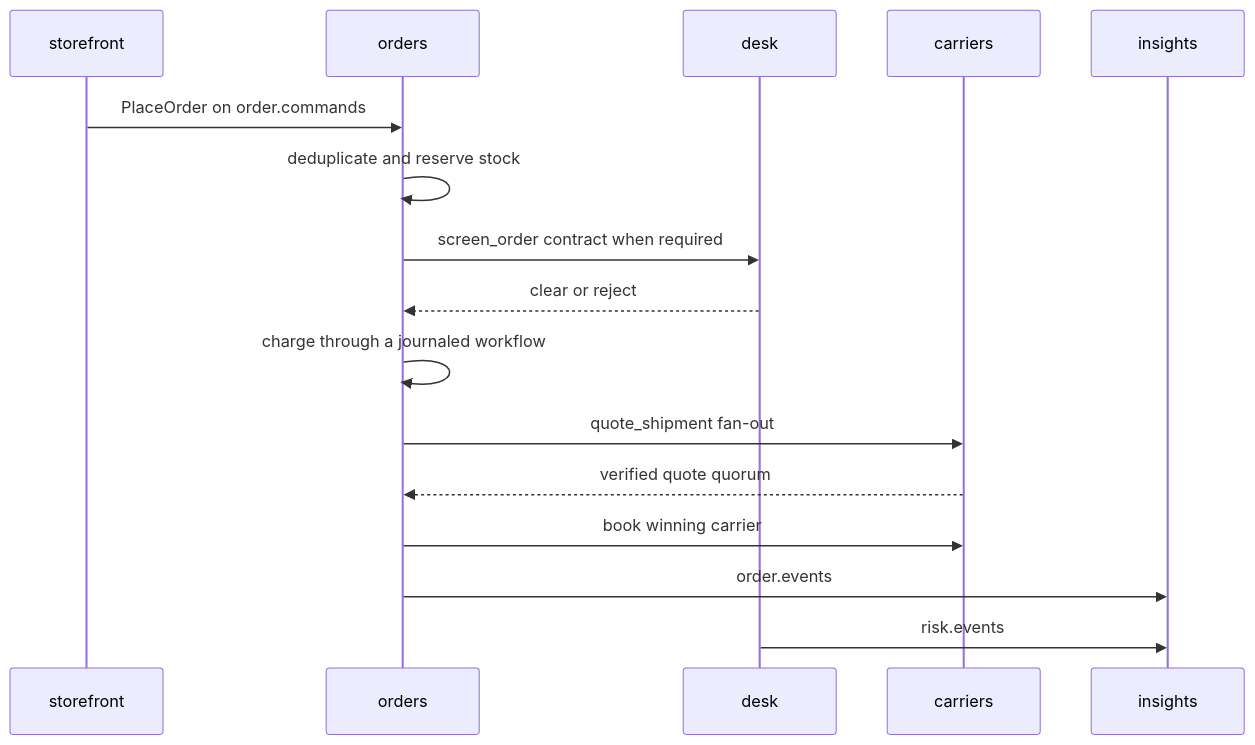
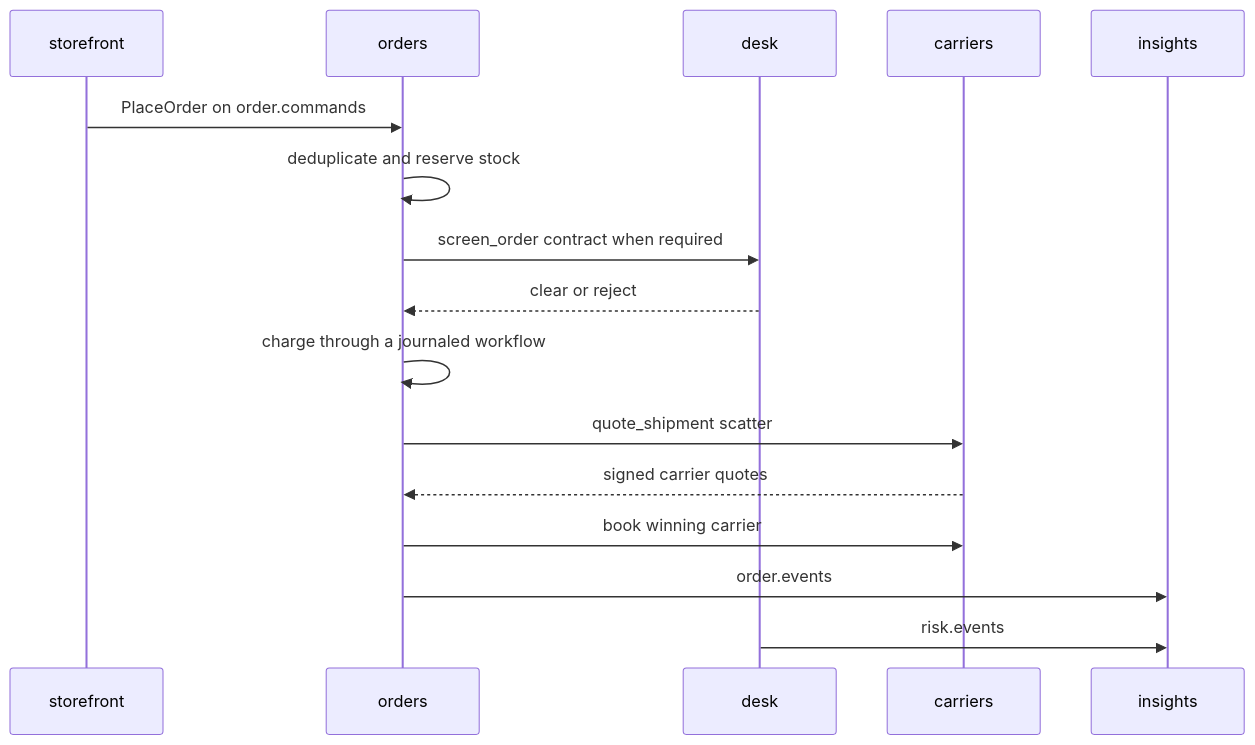
The diagram in docs/walkthrough.md (laserdata/laser-example-photon-market), drawn with Mermaid before and after one commit. The commit also changed other lines of this file and 24 other files, not shown here.

````diff
--- a/docs/walkthrough.md
+++ b/docs/walkthrough.md
@@ -7,19 +7,19 @@
 ```mermaid
 sequenceDiagram
     participant S as storefront
     participant O as orders
     participant D as desk
     participant C as carriers
     participant I as insights
 
     S->>O: PlaceOrder on order.commands
     O->>O: deduplicate and reserve stock
     O->>D: screen_order contract when required
     D-->>O: clear or reject
     O->>O: charge through a journaled workflow
-    O->>C: quote_shipment fan-out
-    C-->>O: verified quote quorum
+    O->>C: quote_shipment scatter
+    C-->>O: signed carrier quotes
     O->>C: book winning carrier
     O->>I: order.events
     D->>I: risk.events
 ```
````
